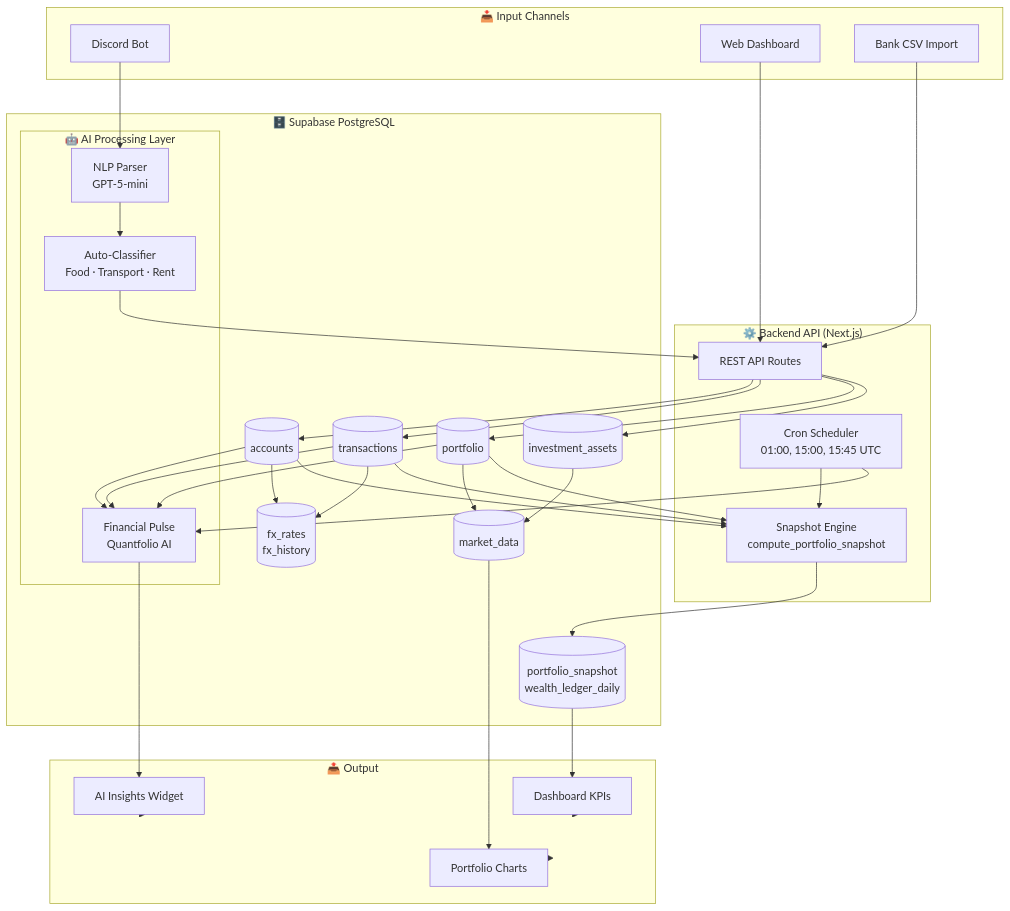
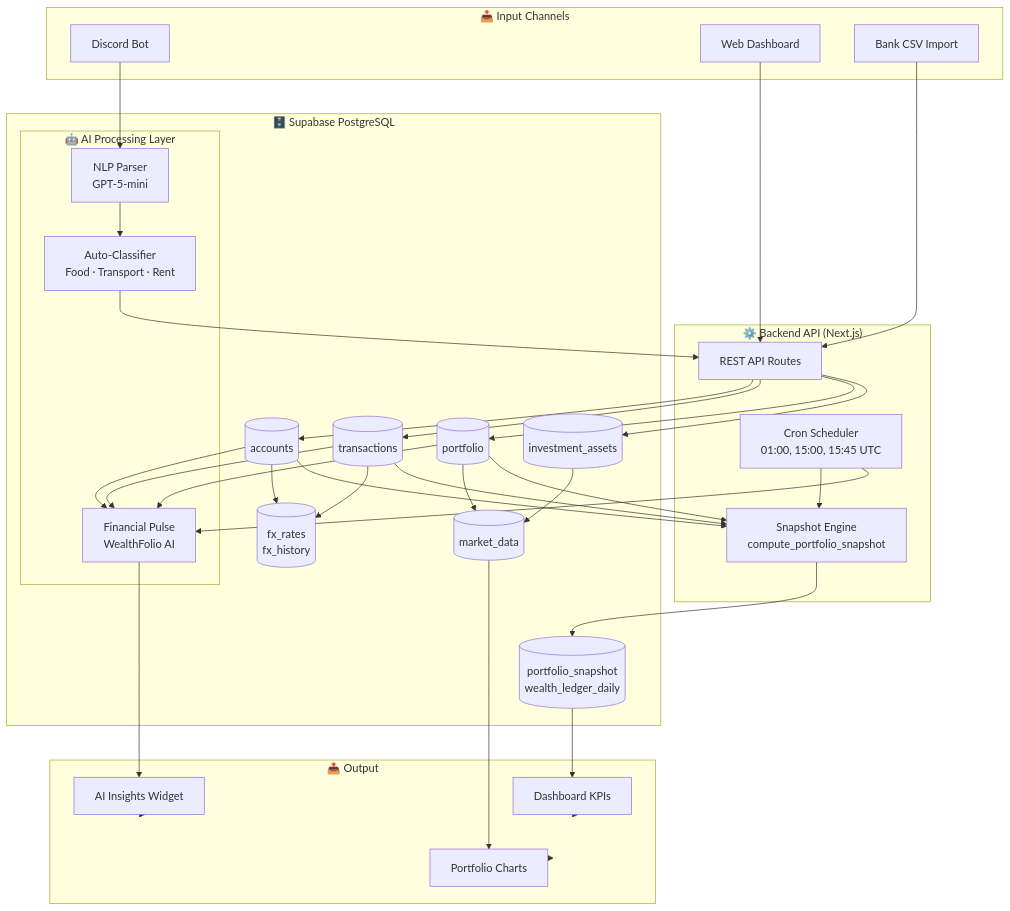
Before and after one commit to IgnatiusHarry/Wealthfolio-Portfolio: the diagram in README.md, drawn with Mermaid. The commit also changed other lines of this file and 3 other files, not shown here.

Commit message:
docs: replace Quantfolio wording with WealthFolio

````diff
--- a/README.md
+++ b/README.md
@@ -138,66 +138,66 @@
 ```mermaid
 graph TB
     subgraph Input["📥 Input Channels"]
         TG[Discord Bot]
         WEB[Web Dashboard]
         CSV[Bank CSV Import]
     end
 
     subgraph AI["🤖 AI Processing Layer"]
         NLP[NLP Parser<br/>GPT-5-mini]
         CLASS[Auto-Classifier<br/>Food · Transport · Rent]
-        PULSE[Financial Pulse<br/>Quantfolio AI]
+        PULSE[Financial Pulse<br/>WealthFolio AI]
     end
 
     subgraph BE["⚙️ Backend API (Next.js)"]
         API["REST API Routes"]
         SNAP["Snapshot Engine<br/>compute_portfolio_snapshot"]
         CRON["Cron Scheduler<br/>01:00, 15:00, 15:45 UTC"]
     end
 
     subgraph DB["🗄️ Supabase PostgreSQL"]
         ACC[(accounts)]
         TXN[(transactions)]
         PORT[(portfolio)]
         IA[(investment_assets)]
         MD[(market_data)]
         FX[(fx_rates<br/>fx_history)]
         SNAP2[(portfolio_snapshot<br/>wealth_ledger_daily)]
         AI[(ai_insights)]
     end
 
     subgraph OUT["📤 Output"]
         DASH[Dashboard KPIs]
         INSIGHT[AI Insights Widget]
         CHARTS[Portfolio Charts]
     end
 
     TG --> NLP
     WEB --> API
     CSV --> API
     NLP --> CLASS
     CLASS --> API
     API --> ACC
     API --> TXN
     API --> PORT
     API --> IA
     TXN --> FX
     ACC --> FX
     PORT --> MD
     IA --> MD
     TXN --> SNAP
     PORT --> SNAP
     ACC --> SNAP
     SNAP --> SNAP2
     SNAP2 --> DASH
     ACC --> PULSE
     PORT --> PULSE
     TXN --> PULSE
     PULSE --> INSIGHT
     CRON --> SNAP
     CRON --> PULSE
     MD --> CHARTS
     DASH --> OUT
     INSIGHT --> OUT
     CHARTS --> OUT
 ```
````
